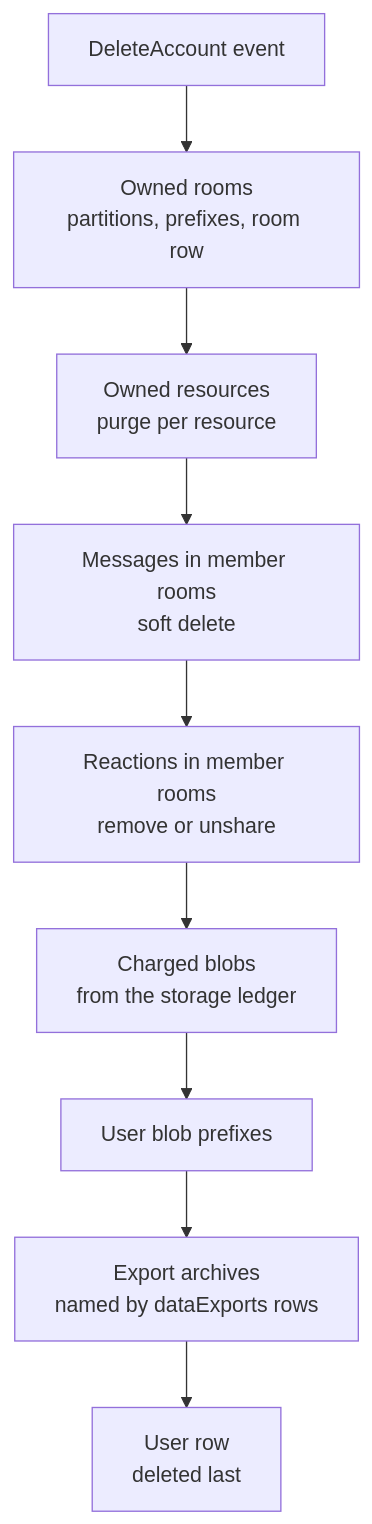
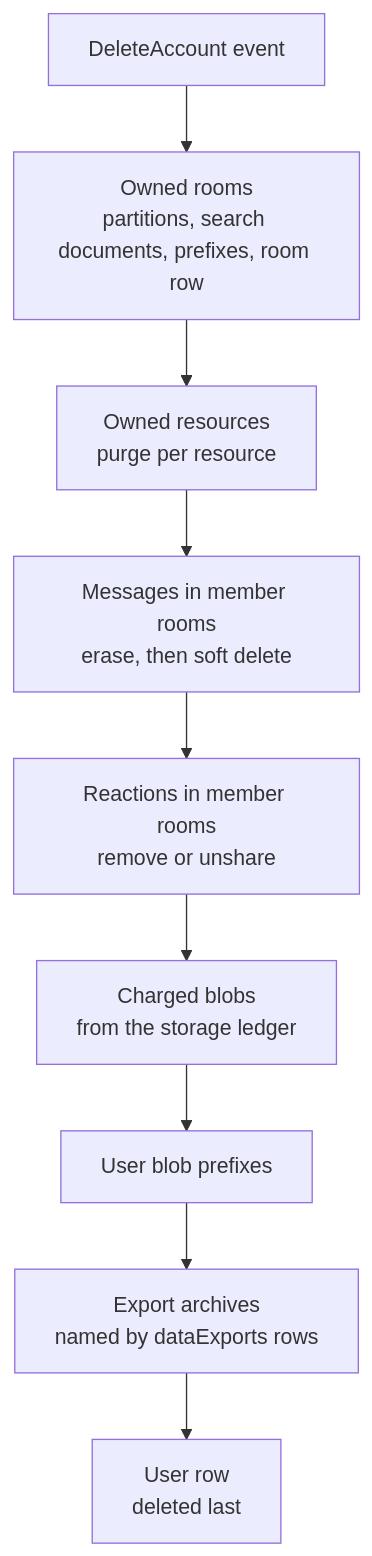
One commit to Esposter/Esposter changed the second of 2 diagrams in openspec/specs/user/account-deletion/design.md. Above: the diagram before and after it, drawn with Mermaid. The commit also changed other lines of this file and 32 other files, not shown here.

First line of the commit message:
feat(functions): an account deletion erases the text of its messages and removes an owned room's documents from the search index

````diff
--- a/openspec/specs/user/account-deletion/design.md
+++ b/openspec/specs/user/account-deletion/design.md
@@ -34,11 +34,11 @@
 ```mermaid
 flowchart TD
-  Event["DeleteAccount event"] --> Rooms["Owned rooms<br/>partitions, prefixes, room row"]
+  Event["DeleteAccount event"] --> Rooms["Owned rooms<br/>partitions, search documents, prefixes, room row"]
   Rooms --> Resources["Owned resources<br/>purge per resource"]
-  Resources --> Messages["Messages in member rooms<br/>soft delete"]
+  Resources --> Messages["Messages in member rooms<br/>erase, then soft delete"]
   Messages --> Reactions["Reactions in member rooms<br/>remove or unshare"]
   Reactions --> Charged["Charged blobs<br/>from the storage ledger"]
   Charged --> Prefixes["User blob prefixes"]
   Prefixes --> Exports["Export archives<br/>named by dataExports rows"]
   Exports --> User["User row<br/>deleted last"]
 ```
````
